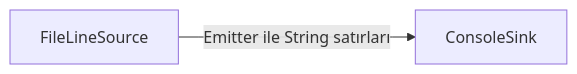
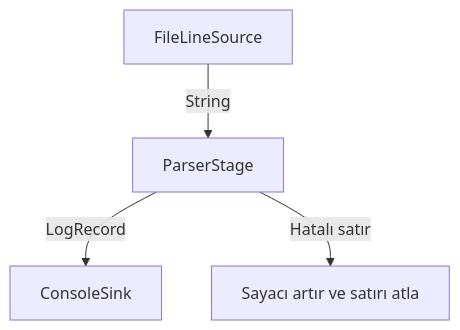
Before and after one commit to cerenvona/yazilim-mimarisi: the diagram in logflow/ARCHITECTURE.md, drawn with Mermaid. The commit also changed other lines of this file and 10 other files, not shown here.

Commit message:
LogFlow v2: tipli kayitlar, parser ve testler eklendi

````diff
--- a/logflow/ARCHITECTURE.md
+++ b/logflow/ARCHITECTURE.md
@@ -5,4 +20,6 @@
 ```mermaid
-flowchart LR
-    A["FileLineSource"] -->|"Emitter ile String satırları"| B["ConsoleSink"]
+flowchart TD
+    F["FileLineSource"] -->|String| P["ParserStage"]
+    P -->|LogRecord| C["ConsoleSink"]
+    P -->|Hatalı satır| I["Sayacı artır ve satırı atla"]
 ```
````
